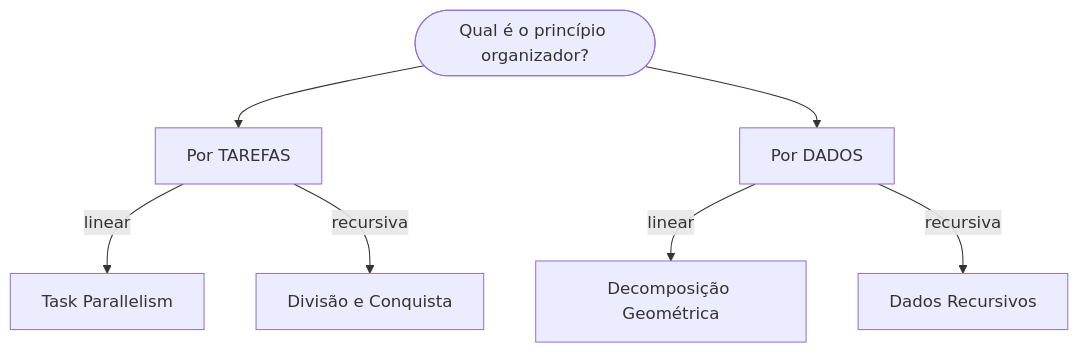
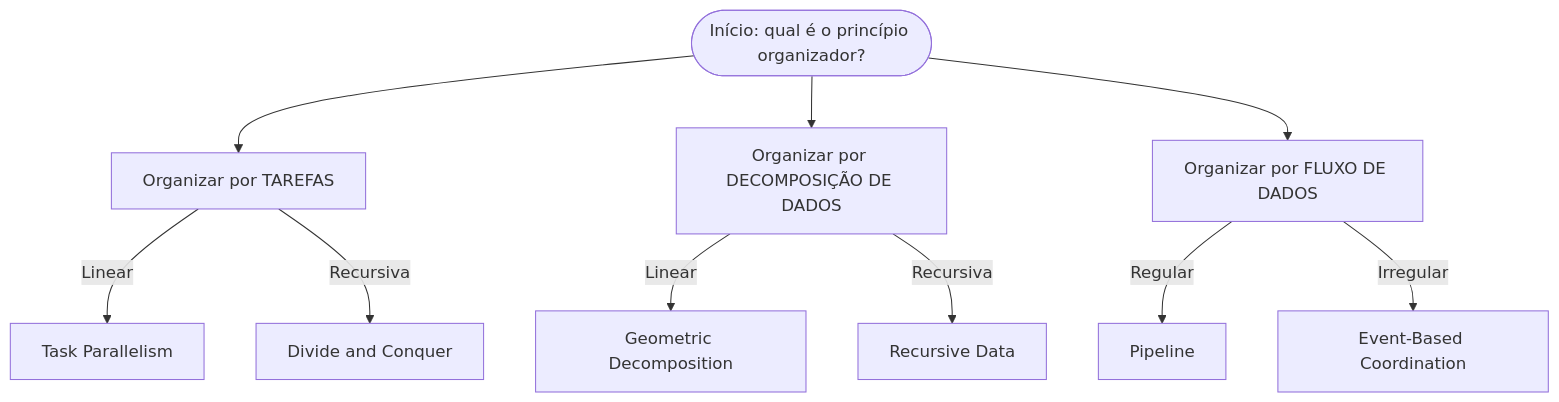
One commit to HerikDR/estudo-comp-escalavel changed the ninth of 14 diagrams in estudo/06_padroes_de_paralelismo.md. Above: the diagram before and after it, drawn with Mermaid. The commit also changed other lines of this file and 9 other files, not shown here.

````diff
--- a/estudo/06_padroes_de_paralelismo.md
+++ b/estudo/06_padroes_de_paralelismo.md
@@ -52,9 +344,15 @@
 ```mermaid
 flowchart TD
-    S(["Qual é o princípio organizador?"]) --> OT["Por TAREFAS"]
-    S --> OD["Por DADOS"]
-    OT -->|linear| TP["Task Parallelism"]
-    OT -->|recursiva| DC["Divisão e Conquista"]
-    OD -->|linear| GD["Decomposição Geométrica"]
-    OD -->|recursiva| RD["Dados Recursivos"]
+    S(["Início: qual é o princípio organizador?"]) --> OT["Organizar por TAREFAS"]
+    S --> OD["Organizar por DECOMPOSIÇÃO DE DADOS"]
+    S --> OF["Organizar por FLUXO DE DADOS"]
+
+    OT -->|Linear| TP["Task Parallelism"]
+    OT -->|Recursiva| DC["Divide and Conquer"]
+
+    OD -->|Linear| GD["Geometric Decomposition"]
+    OD -->|Recursiva| RD["Recursive Data"]
+
+    OF -->|Regular| PL["Pipeline"]
+    OF -->|Irregular| EB["Event-Based Coordination"]
 ```
````
